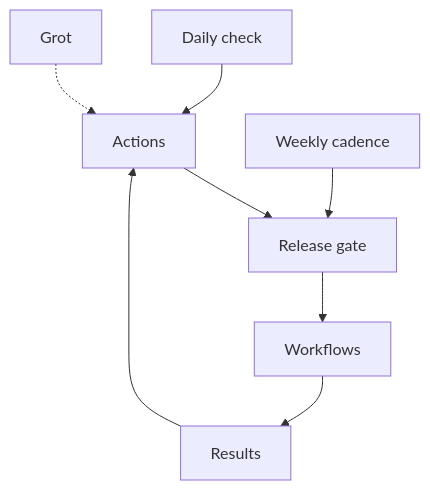
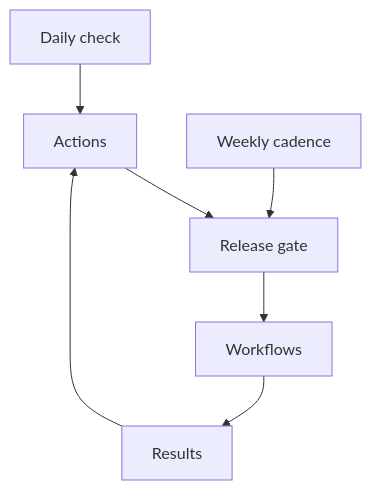
The second of 2 diagrams in scripts/release-reconciliation/README.md (grafana/beyla), drawn with Mermaid before and after one commit. The commit also changed other lines of this file, not shown here.

````diff
--- a/scripts/release-reconciliation/README.md
+++ b/scripts/release-reconciliation/README.md
@@ -42,10 +58,9 @@
 ```mermaid
 flowchart TD
     A[Daily check] --> B[Actions]
     B --> C[Release gate]
     C --> D[Workflows]
     D --> E[Results]
     E --> B
     F[Weekly cadence] --> C
-    G[Grot] -.-> B
 ```
````
